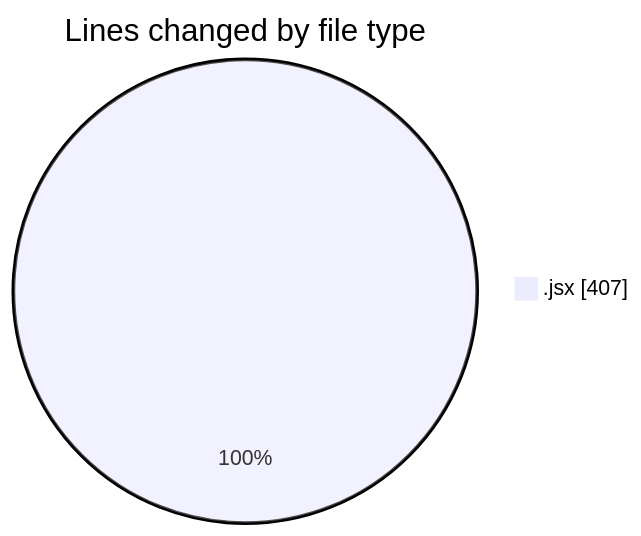
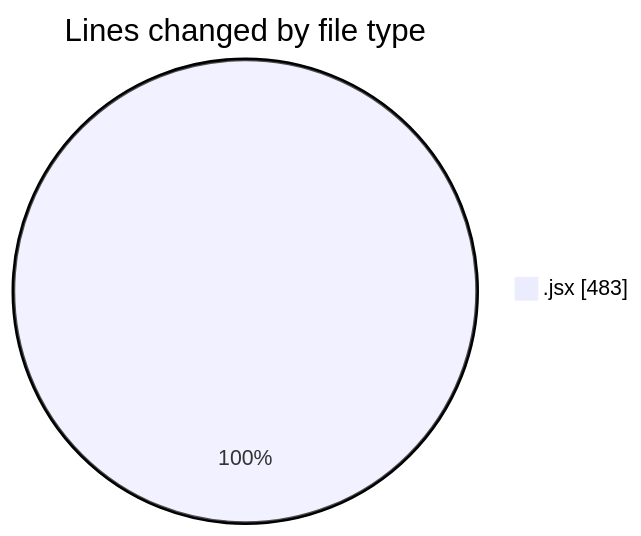
One commit to nxtqubesakshisongat/code-tracking changed the first of 2 diagrams in 2025-10-09/nxtqube_webapp/README.md. Above: the diagram before and after it, drawn with Mermaid. The commit also changed other lines of this file and 1 other file, not shown here.

````diff
--- a/2025-10-09/nxtqube_webapp/README.md
+++ b/2025-10-09/nxtqube_webapp/README.md
@@ -20,5 +20,5 @@
 ```mermaid
 pie showData
 title Lines changed by file type
-".jsx" : 407
+".jsx" : 483
 ```
````
